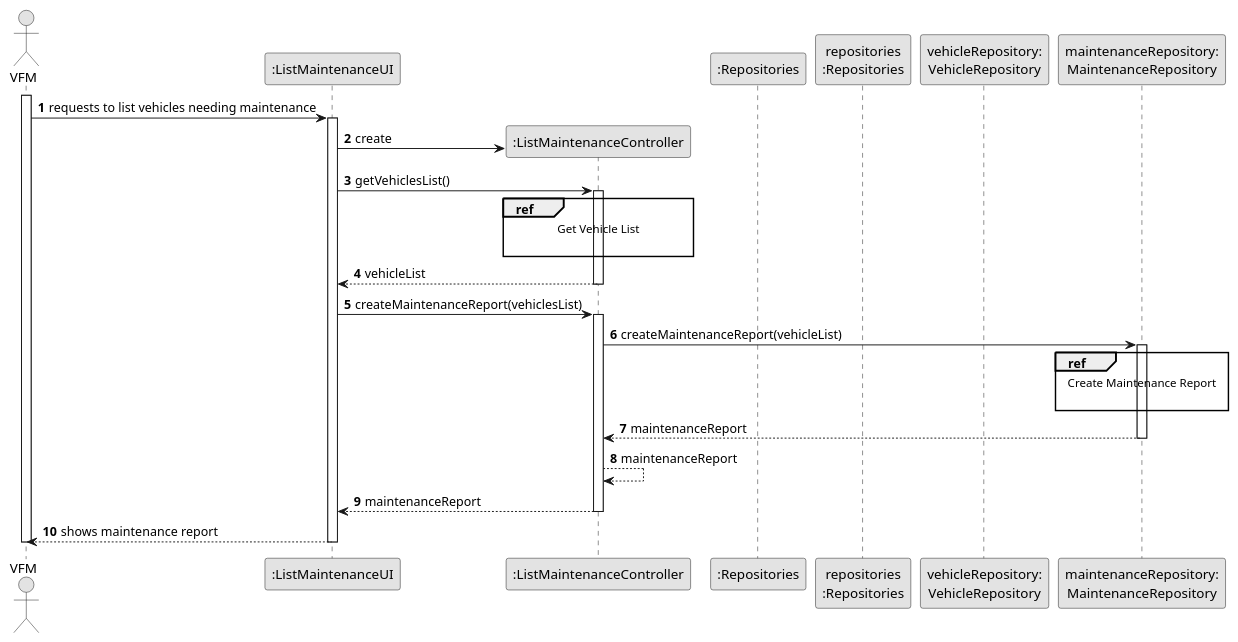
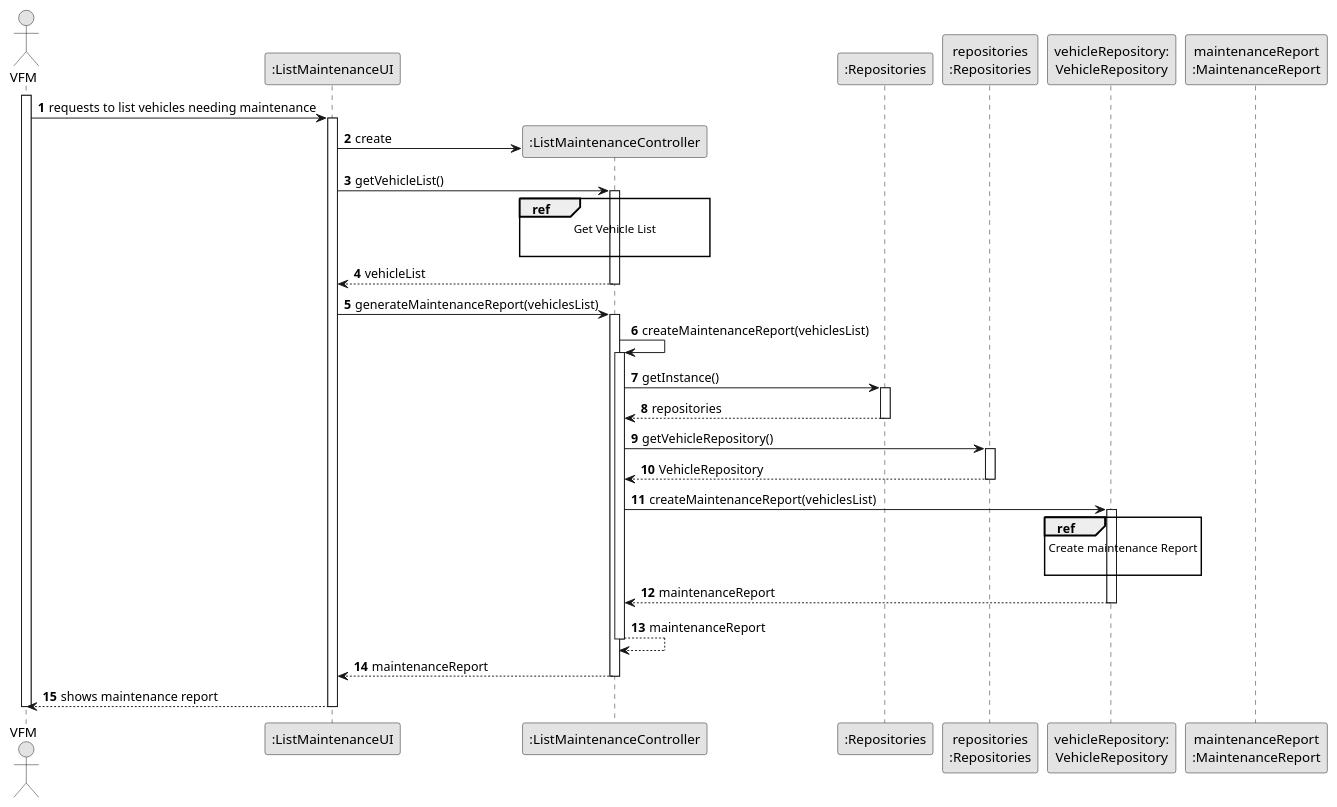
The diagram in docs/sprintB/us008/03.design/puml/us008-sequence-diagram-split.puml (ricardomm7/leaflink), drawn with PlantUML before and after one commit. The commit also changed 8 other files, not shown here.

Commit message:
LFC2-90<Change the sequence diagram> LFC2-114<Start class diagram and small changes on sequence diagram>

```diff
--- a/docs/sprintB/us008/03.design/puml/us008-sequence-diagram-split.puml
+++ b/docs/sprintB/us008/03.design/puml/us008-sequence-diagram-split.puml
@@ -1,60 +1,80 @@
 @startuml
 skinparam monochrome true
 skinparam packageStyle rectangle
 skinparam shadowing false
-
 
 autonumber
 
 'hide footbox
 actor "VFM" as VFM
 participant ":ListMaintenanceUI" as UI
 participant ":ListMaintenanceController" as CTRL
 participant ":Repositories" as RepositorySingleton
 participant "repositories\n:Repositories" as PLAT
 participant "vehicleRepository:\nVehicleRepository" as VehicleRepository
-participant "maintenanceRepository:\nMaintenanceRepository" as MaintenanceRepository
+participant "maintenanceReport\n:MaintenanceReport" as MaintenanceReport
+
 activate VFM
 
     VFM -> UI : requests to list vehicles needing maintenance
     activate UI
 
         UI -> CTRL** : create
 
-        UI -> CTRL : getVehiclesList()
+        UI -> CTRL : getVehicleList()
         activate CTRL
 
-            ref over CTRL
-                        Get Vehicle List
+        ref over CTRL
+                                        Get Vehicle List
 
-            end ref
+                                    end ref
+
+
 
             CTRL --> UI : vehicleList
         deactivate CTRL
 
 
-        UI -> CTRL : createMaintenanceReport(vehiclesList)
+        UI -> CTRL : generateMaintenanceReport(vehiclesList)
         activate CTRL
 
-        CTRL -> MaintenanceRepository: createMaintenanceReport(vehicleList)
-        activate MaintenanceRepository
+            CTRL -> CTRL : createMaintenanceReport(vehiclesList)
+            activate CTRL
 
-            ref over MaintenanceRepository
-                    Create Maintenance Report
+                CTRL -> RepositorySingleton : getInstance()
+                activate RepositorySingleton
 
-            end ref
-        MaintenanceRepository --> CTRL: maintenanceReport
-        deactivate MaintenanceRepository
+                    RepositorySingleton --> CTRL: repositories
+                deactivate RepositorySingleton
 
-        CTRL --> CTRL : maintenanceReport
+                CTRL -> PLAT : getVehicleRepository()
+                activate PLAT
 
+                    PLAT --> CTRL: VehicleRepository
+                deactivate PLAT
+
+                CTRL -> VehicleRepository : createMaintenanceReport(vehiclesList)
+                activate VehicleRepository
+
+                ref over VehicleRepository
+                                                Create maintenance Report
+
+                                            end ref
+
+
+
+                VehicleRepository --> CTRL : maintenanceReport
+                deactivate VehicleRepository
+
+            CTRL --> CTRL : maintenanceReport
+            deactivate CTRL
 
             CTRL --> UI : maintenanceReport
         deactivate CTRL
 
         UI --> VFM : shows maintenance report
     deactivate UI
 
 deactivate VFM
 
 @enduml
```
